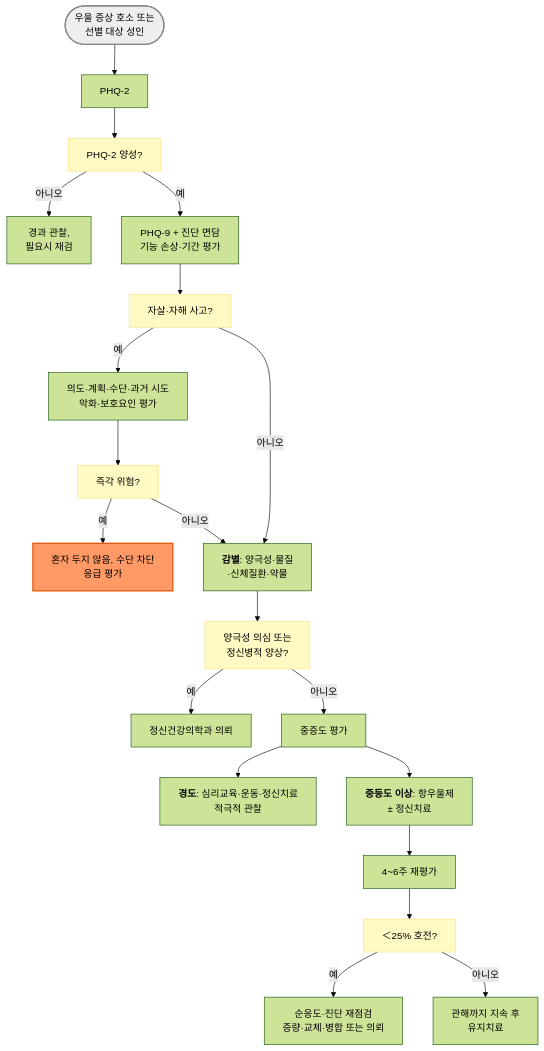
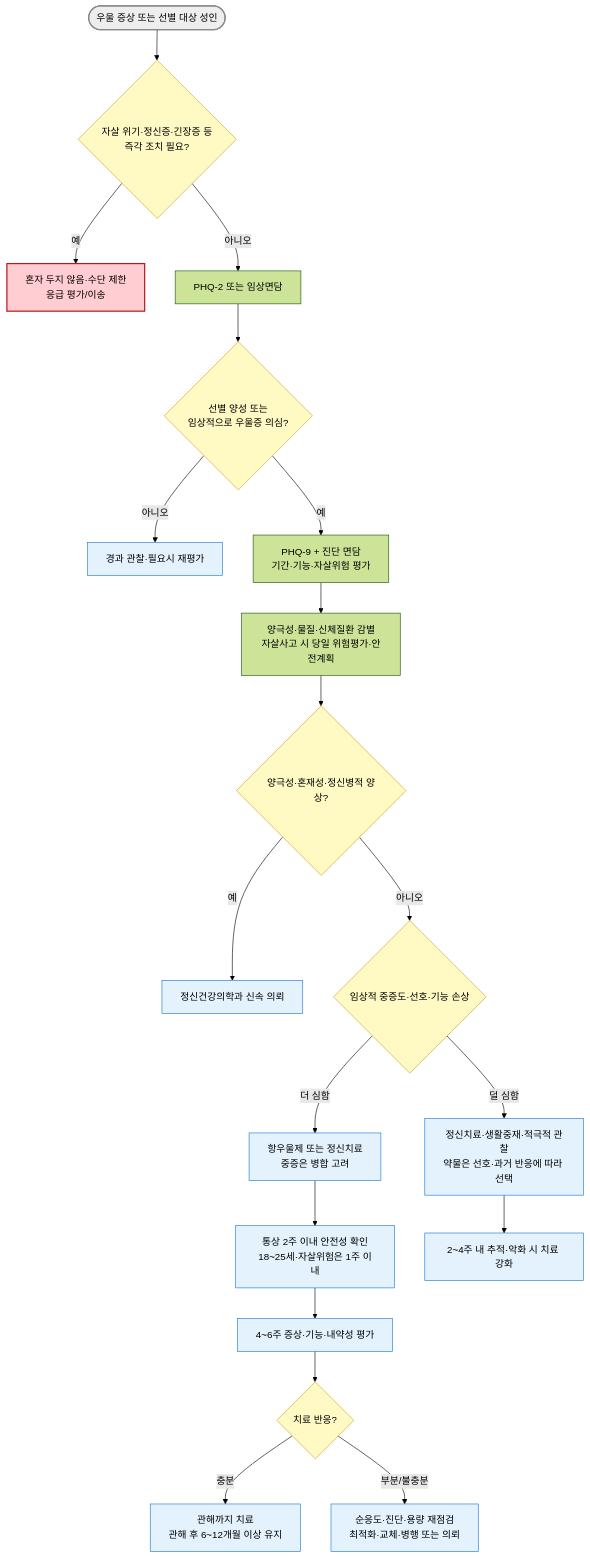
The diagram in 221_/027_-depression.md (familyoh77/familyoh77), drawn with Mermaid (forest theme) before and after one commit. The commit also changed other lines of this file and 9 other files, not shown here.

````diff
--- a/221_/027_-depression.md
+++ b/221_/027_-depression.md
@@ -335,29 +345,29 @@
 ```mermaid
-graph TD
-    Start(["우울 증상 호소 또는 <br>선별 대상 성인"]) --> P2["PHQ-2"]
-    P2 --> Q1["PHQ-2 양성?"]
-    Q1 -->|아니오| Obs["경과 관찰, <br>필요시 재검"]
-    Q1 -->|예| P9["PHQ-9 + 진단 면담<br>기능 손상·기간 평가"]
-    P9 --> Q2["자살·자해 사고?"]
-    Q2 -->|예| Risk["의도·계획·수단·과거 시도<br>악화·보호요인 평가"]
-    Risk --> Q3["즉각 위험?"]
-    Q3 -->|예| ER["혼자 두지 않음, 수단 차단<br>응급 평가"]
-    Q3 -->|아니오| Diff
-    Q2 -->|아니오| Diff["<b>감별</b>: 양극성·물질<br>·신체질환·약물"]
-    Diff --> Q4["양극성 의심 또는 <br>정신병적 양상?"]
-    Q4 -->|예| Ref["정신건강의학과 의뢰"]
-    Q4 -->|아니오| Sev["중증도 평가"]
-    Sev --> Mild["<b>경도</b>: 심리교육·운동·정신치료<br>적극적 관찰"]
-    Sev --> Mod["<b>중등도 이상</b>: 항우울제 <br>± 정신치료"]
-    Mod --> Ev["4~6주 재평가"]
-    Ev --> Q5["＜25% 호전?"]
-    Q5 -->|예| Adj["순응도·진단 재점검<br>증량·교체·병합 또는 의뢰"]
-    Q5 -->|아니오| Cont["관해까지 지속 후 <br>유지치료"]
-    style Start fill:#eeeeee,stroke:#888888,stroke-width:2px
-    style ER fill:#f96,stroke:#e65100,stroke-width:2px
-    style Q1 fill:#fff9c4,stroke:#ffe082
-    style Q2 fill:#fff9c4,stroke:#ffe082
-    style Q3 fill:#fff9c4,stroke:#ffe082
-    style Q4 fill:#fff9c4,stroke:#ffe082
-    style Q5 fill:#fff9c4,stroke:#ffe082
+flowchart TD
+    Start(["우울 증상 또는 선별 대상 성인"]) --> RF{"자살 위기·정신증·긴장증 등<br/>즉각 조치 필요?"}
+    RF -- "예" --> ER["혼자 두지 않음·수단 제한<br/>응급 평가/이송"]
+    RF -- "아니오" --> P2["PHQ-2 또는 임상면담"]
+    P2 --> Q{"선별 양성 또는<br/>임상적으로 우울증 의심?"}
+    Q -- "아니오" --> Obs["경과 관찰·필요시 재평가"]
+    Q -- "예" --> Dx["PHQ-9 + 진단 면담<br/>기간·기능·자살위험 평가"]
+    Dx --> Diff["양극성·물질·신체질환 감별<br/>자살사고 시 당일 위험평가·안전계획"]
+    Diff --> Bipolar{"양극성·혼재성·정신병적 양상?"}
+    Bipolar -- "예" --> Ref["정신건강의학과 신속 의뢰"]
+    Bipolar -- "아니오" --> Sev{"임상적 중증도·선호·기능 손상"}
+    Sev -- "덜 심함" --> Mild["정신치료·생활중재·적극적 관찰<br/>약물은 선호·과거 반응에 따라 선택"]
+    Sev -- "더 심함" --> Mod["항우울제 또는 정신치료<br/>중증은 병합 고려"]
+    Mod --> Early["통상 2주 이내 안전성 확인<br/>18~25세·자살위험은 1주 이내"]
+    Early --> Review["4~6주 증상·기능·내약성 평가"]
+    Review --> R{"치료 반응?"}
+    R -- "충분" --> Keep["관해까지 치료<br/>관해 후 6~12개월 이상 유지"]
+    R -- "부분/불충분" --> Adj["순응도·진단·용량 재점검<br/>최적화·교체·병행 또는 의뢰"]
+    Mild --> Follow["2~4주 내 추적·악화 시 치료 강화"]
+    classDef start fill:#eee,stroke:#888,stroke-width:2px
+    classDef decision fill:#fff9c4,stroke:#c9a227
+    classDef emergency fill:#ffcdd2,stroke:#b71c1c,stroke-width:2px
+    classDef treatment fill:#e3f2fd,stroke:#1976d2
+    class Start start
+    class RF,Q,Bipolar,Sev,R decision
+    class ER emergency
+    class Obs,Ref,Mild,Mod,Early,Review,Keep,Adj,Follow treatment
 ```
````
